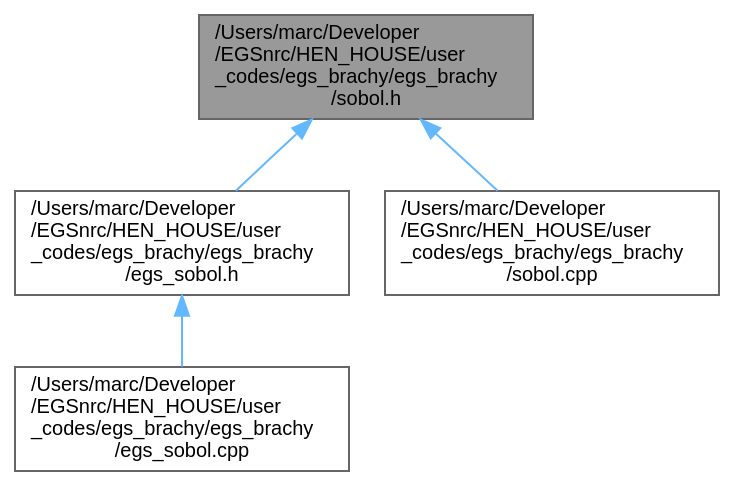
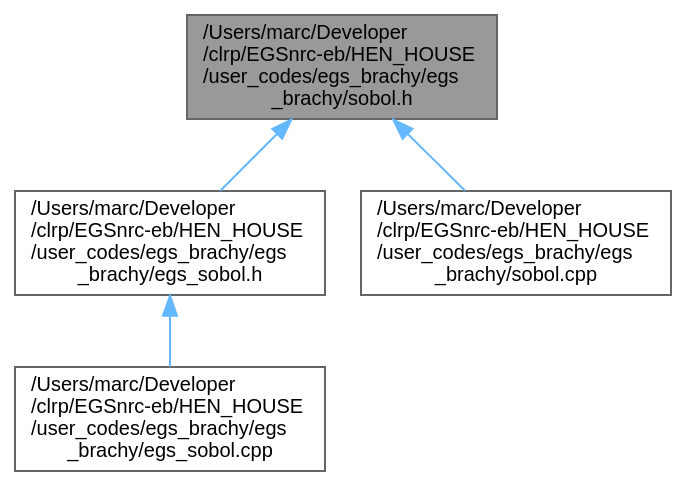
One commit to clrp-code/egs_brachy changed the diagram in docs/sobol_8h__dep__incl.dot. Above: the diagram before and after it, drawn with Graphviz. The commit also changed 1055 other files, not shown here.

```diff
--- a/docs/sobol_8h__dep__incl.dot
+++ b/docs/sobol_8h__dep__incl.dot
@@ -1,14 +1,14 @@
-digraph "/Users/marc/Developer/EGSnrc/HEN_HOUSE/user_codes/egs_brachy/egs_brachy/sobol.h"
+digraph "/Users/marc/Developer/clrp/EGSnrc-eb/HEN_HOUSE/user_codes/egs_brachy/egs_brachy/sobol.h"
 {
  // LATEX_PDF_SIZE
   bgcolor="transparent";
   edge [fontname=Helvetica,fontsize=10,labelfontname=Helvetica,labelfontsize=10];
   node [fontname=Helvetica,fontsize=10,shape=box,height=0.2,width=0.4];
-  Node1 [id="Node000001",label="/Users/marc/Developer\l/EGSnrc/HEN_HOUSE/user\l_codes/egs_brachy/egs_brachy\l/sobol.h",height=0.2,width=0.4,color="gray40", fillcolor="grey60", style="filled", fontcolor="black",tooltip="Sobol library functions from http://people.sc.fsu.edu/~jburkardt/cpp_src/sobol/sobol...."];
+  Node1 [id="Node000001",label="/Users/marc/Developer\l/clrp/EGSnrc-eb/HEN_HOUSE\l/user_codes/egs_brachy/egs\l_brachy/sobol.h",height=0.2,width=0.4,color="gray40", fillcolor="grey60", style="filled", fontcolor="black",tooltip="Sobol library functions from http://people.sc.fsu.edu/~jburkardt/cpp_src/sobol/sobol...."];
   Node1 -> Node2 [id="edge1_Node000001_Node000002",dir="back",color="steelblue1",style="solid",tooltip=" "];
-  Node2 [id="Node000002",label="/Users/marc/Developer\l/EGSnrc/HEN_HOUSE/user\l_codes/egs_brachy/egs_brachy\l/egs_sobol.h",height=0.2,width=0.4,color="grey40", fillcolor="white", style="filled",URL="$egs__sobol_8h.html",tooltip="Header file for EGS_Sobol (EGS_RandomGenerator wrapper for Sobol QRNG)"];
+  Node2 [id="Node000002",label="/Users/marc/Developer\l/clrp/EGSnrc-eb/HEN_HOUSE\l/user_codes/egs_brachy/egs\l_brachy/egs_sobol.h",height=0.2,width=0.4,color="grey40", fillcolor="white", style="filled",URL="$egs__sobol_8h.html",tooltip="Header file for EGS_Sobol (EGS_RandomGenerator wrapper for Sobol QRNG)."];
   Node2 -> Node3 [id="edge2_Node000002_Node000003",dir="back",color="steelblue1",style="solid",tooltip=" "];
-  Node3 [id="Node000003",label="/Users/marc/Developer\l/EGSnrc/HEN_HOUSE/user\l_codes/egs_brachy/egs_brachy\l/egs_sobol.cpp",height=0.2,width=0.4,color="grey40", fillcolor="white", style="filled",URL="$egs__sobol_8cpp.html",tooltip="Implementation for EGS_Sobol (EGS_RandomGenerator wrapper for Sobol QRNG)"];
+  Node3 [id="Node000003",label="/Users/marc/Developer\l/clrp/EGSnrc-eb/HEN_HOUSE\l/user_codes/egs_brachy/egs\l_brachy/egs_sobol.cpp",height=0.2,width=0.4,color="grey40", fillcolor="white", style="filled",URL="$egs__sobol_8cpp.html",tooltip="Implementation for EGS_Sobol (EGS_RandomGenerator wrapper for Sobol QRNG)."];
   Node1 -> Node4 [id="edge3_Node000001_Node000004",dir="back",color="steelblue1",style="solid",tooltip=" "];
-  Node4 [id="Node000004",label="/Users/marc/Developer\l/EGSnrc/HEN_HOUSE/user\l_codes/egs_brachy/egs_brachy\l/sobol.cpp",height=0.2,width=0.4,color="grey40", fillcolor="white", style="filled",URL="$sobol_8cpp.html",tooltip=" "];
+  Node4 [id="Node000004",label="/Users/marc/Developer\l/clrp/EGSnrc-eb/HEN_HOUSE\l/user_codes/egs_brachy/egs\l_brachy/sobol.cpp",height=0.2,width=0.4,color="grey40", fillcolor="white", style="filled",URL="$sobol_8cpp.html",tooltip=" "];
 }
```
